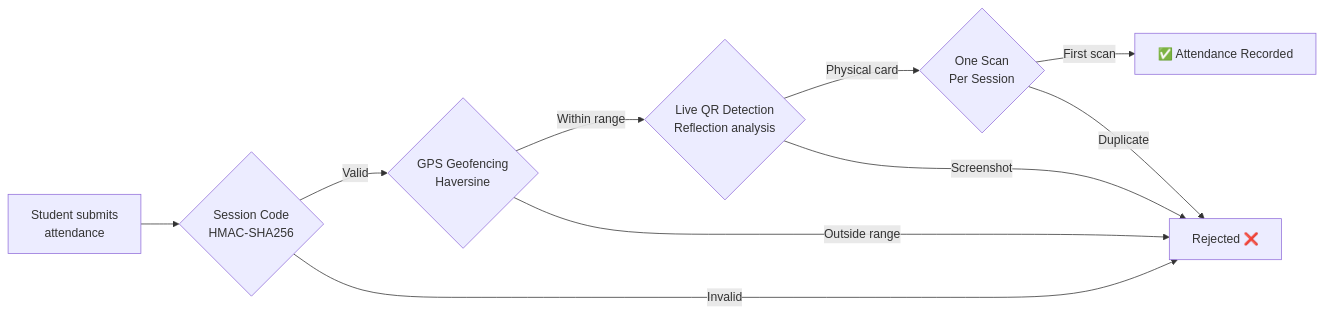
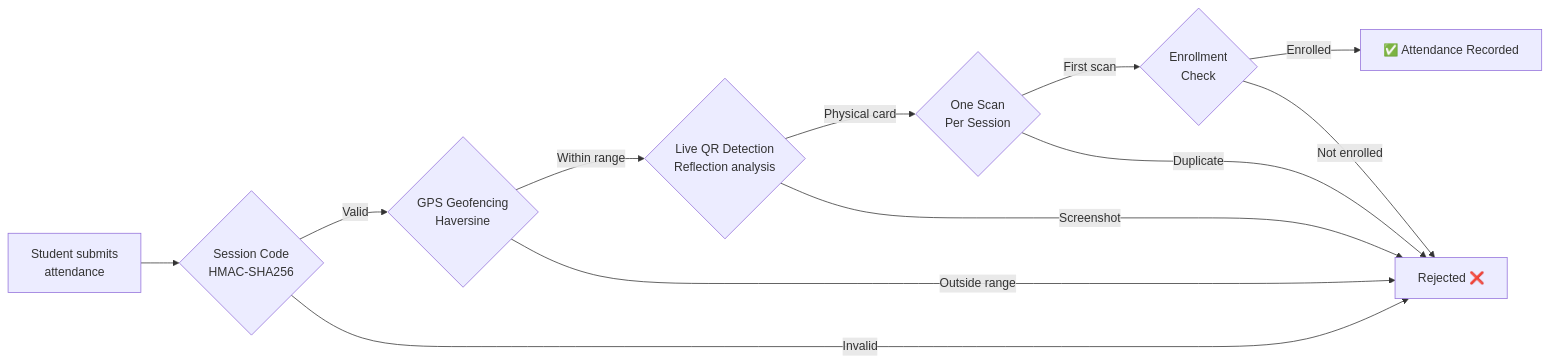
The third of 3 diagrams in docs/presentations/presentation-slides.md (dhenji/qr_based_attendance_system), drawn with Mermaid before and after one commit. The commit also changed 16 other files, not shown here.

````diff
--- a/docs/presentations/presentation-slides.md
+++ b/docs/presentations/presentation-slides.md
@@ -149,12 +149,14 @@
 ```mermaid
 flowchart LR
     A[Student submits<br>attendance] --> B{Session Code<br>HMAC-SHA256}
     B -->|Valid| C{GPS Geofencing<br>Haversine}
     B -->|Invalid| X[Rejected ❌]
     C -->|Within range| D{Live QR Detection<br>Reflection analysis}
     C -->|Outside range| X
     D -->|Physical card| E{One Scan<br>Per Session}
     D -->|Screenshot| X
-    E -->|First scan| F[✅ Attendance Recorded]
+    E -->|First scan| F{Enrollment<br>Check}
     E -->|Duplicate| X
+    F -->|Enrolled| G[✅ Attendance Recorded]
+    F -->|Not enrolled| X
 ```
````
